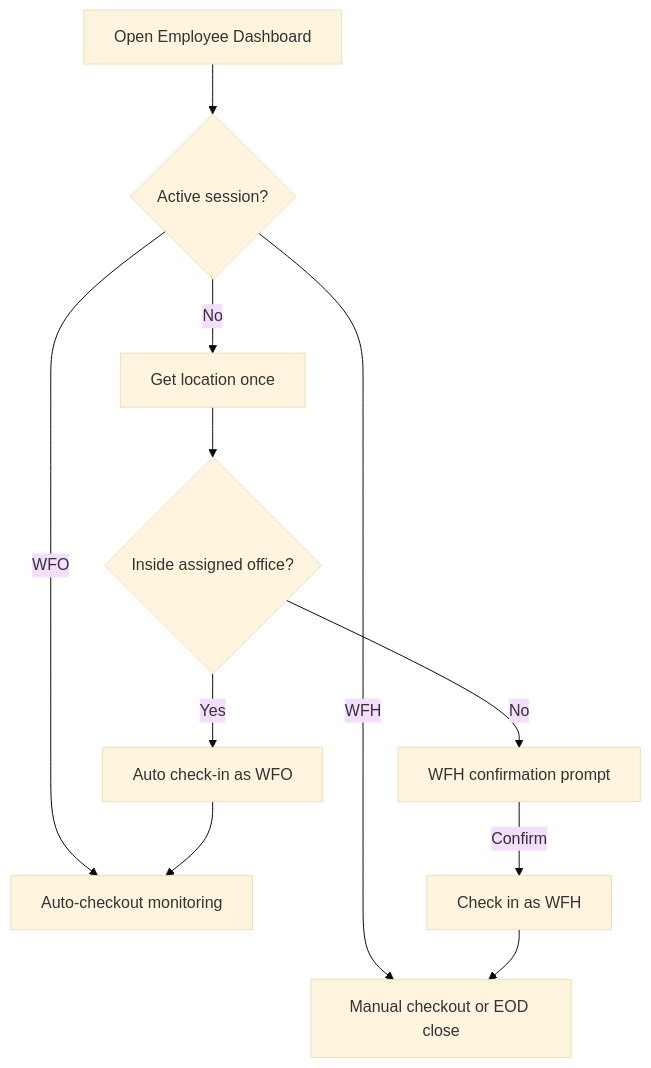
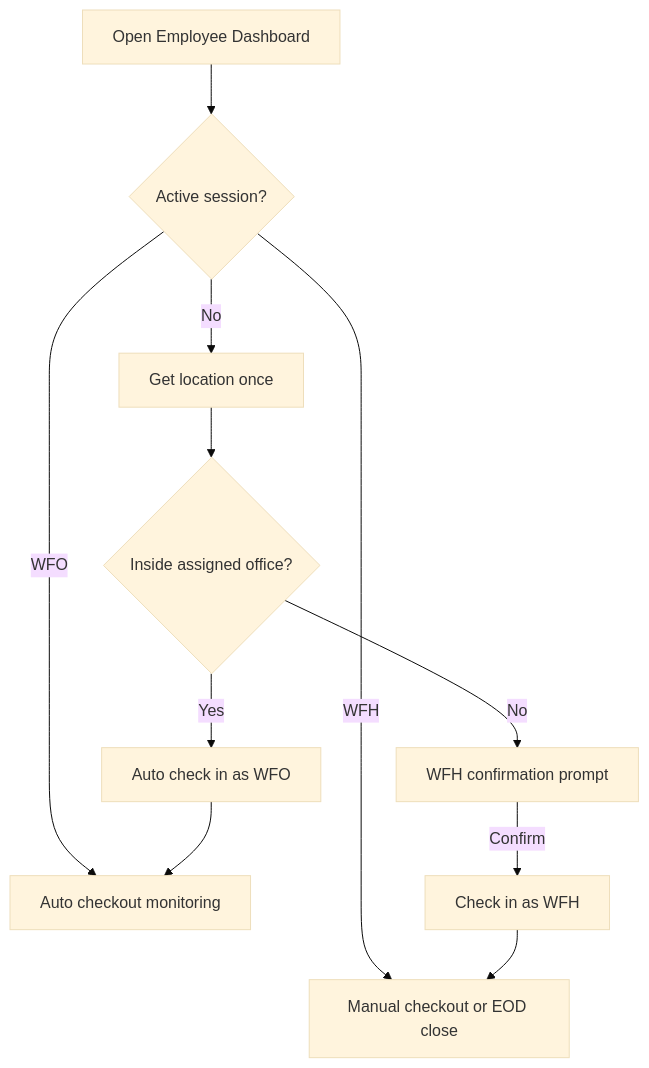
The second of 2 diagrams in README.md (ashu843118/wfh-wfo-attendance-system), drawn with Mermaid (base theme) before and after one commit. The commit also changed other lines of this file and 1 other file, not shown here.

Commit message:
architecture docs added

````diff
--- a/README.md
+++ b/README.md
@@ -94,13 +94,13 @@
 ```mermaid
 flowchart TD
-    Start[Open Employee Dashboard] --> Status{Active session?}
-    Status -->|WFO| Monitor[Auto-checkout monitoring]
-    Status -->|WFH| Manual[Manual checkout or EOD close]
-    Status -->|No| Loc[Get location once]
-    Loc --> Geo{Inside assigned office?}
-    Geo -->|Yes| AutoWFO[Auto check-in as WFO]
-    Geo -->|No| Prompt[WFH confirmation prompt]
+    Start["Open Employee Dashboard"] --> Status{"Active session?"}
+    Status -->|WFO| Monitor["Auto checkout monitoring"]
+    Status -->|WFH| Manual["Manual checkout or EOD close"]
+    Status -->|No| Loc["Get location once"]
+    Loc --> Geo{"Inside assigned office?"}
+    Geo -->|Yes| AutoWFO["Auto check in as WFO"]
+    Geo -->|No| Prompt["WFH confirmation prompt"]
     AutoWFO --> Monitor
-    Prompt -->|Confirm| WFH[Check in as WFH]
+    Prompt -->|Confirm| WFH["Check in as WFH"]
     WFH --> Manual
 ```
````
